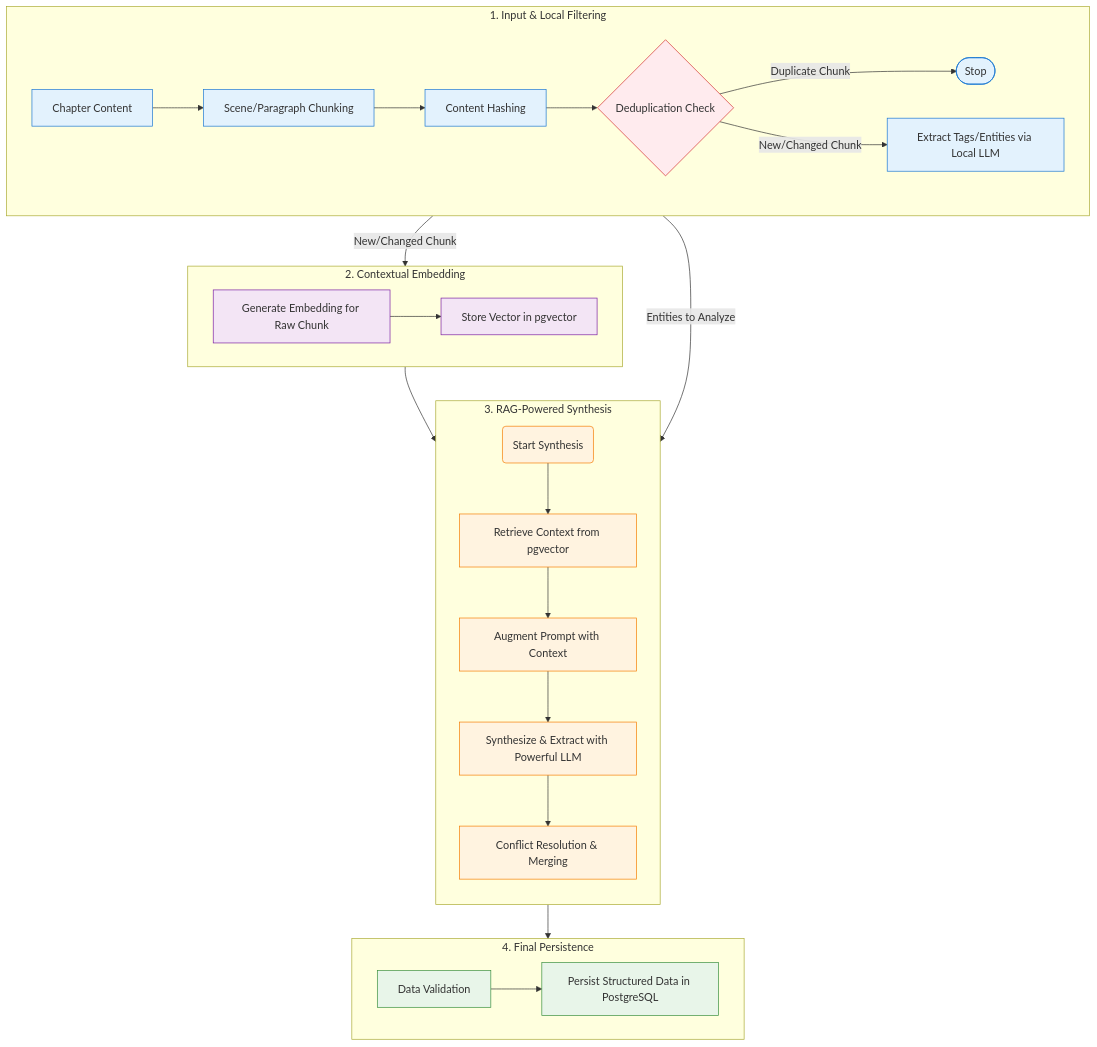
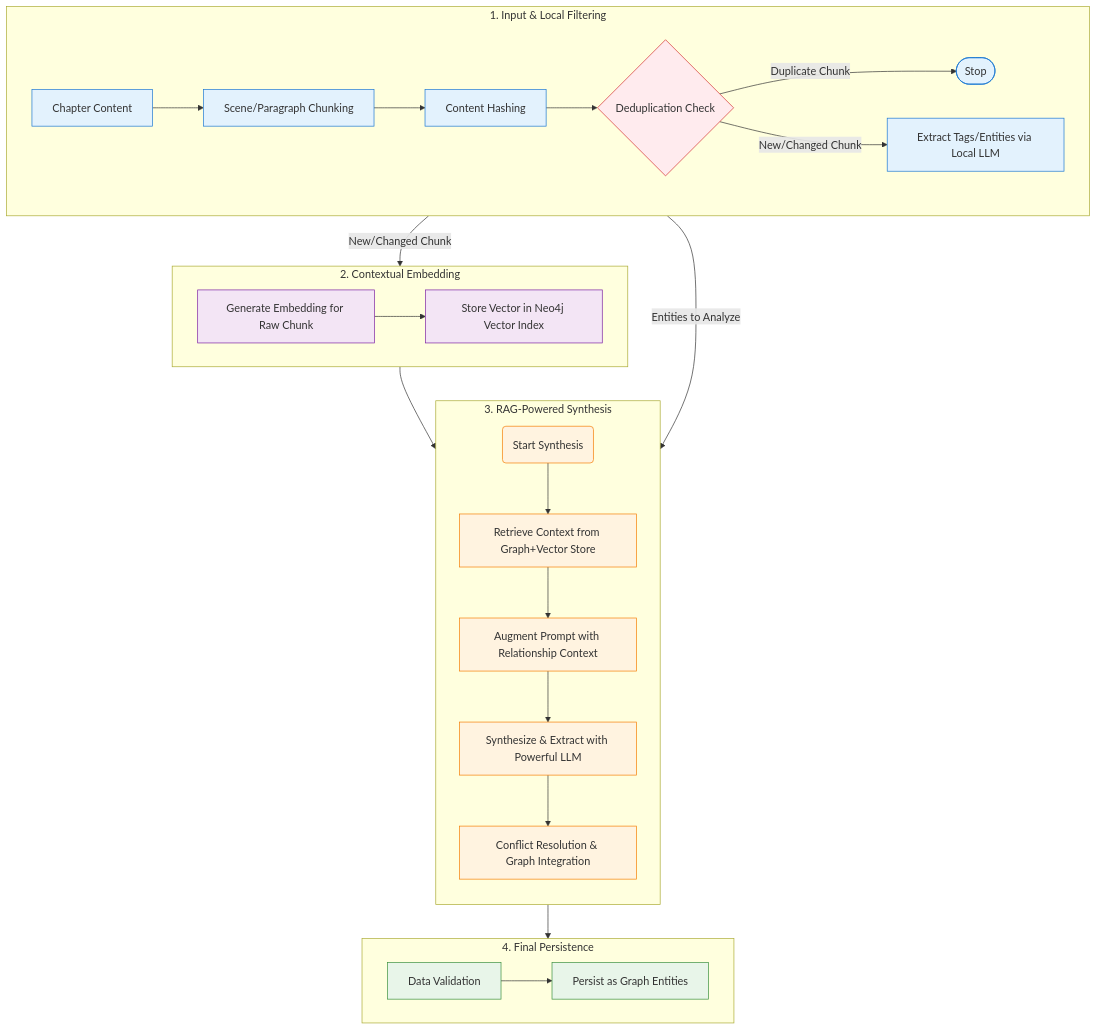
One commit to chaixdev/lorevault-kb changed the second of 3 diagrams in docs/architecture/02-functional-viewpoint.md. Above: the diagram before and after it, drawn with Mermaid. The commit also changed other lines of this file and 12 other files, not shown here.

Commit message:
start pivot to neo4j

````diff
--- a/docs/architecture/02-functional-viewpoint.md
+++ b/docs/architecture/02-functional-viewpoint.md
@@ -181,53 +180,53 @@
 ```mermaid
 flowchart TD
     subgraph InputAndFilter [1. Input & Local Filtering]
         direction LR
         CONTENT[Chapter Content] --> CHUNK[Scene/Paragraph Chunking]
         CHUNK --> HASH[Content Hashing]
         HASH --> DEDUP{Deduplication Check}
         DEDUP -- "Duplicate Chunk" --> S_END([Stop])
         DEDUP -- "New/Changed Chunk" --> GEMMA_NER[Extract Tags/Entities via Local LLM]
     end
 
     subgraph Embedding [2. Contextual Embedding]
         direction LR
-        EMBED[Generate Embedding for Raw Chunk] --> STORE_VEC[Store Vector in pgvector]
+        EMBED[Generate Embedding for Raw Chunk] --> STORE_VEC[Store Vector in Neo4j Vector Index]
     end
 
     subgraph Synthesis [3. RAG-Powered Synthesis]
         direction TB
-        RAG_START(Start Synthesis) --> RETRIEVE[Retrieve Context from pgvector]
-        RETRIEVE --> AUGMENT_PROMPT[Augment Prompt with Context]
+        RAG_START(Start Synthesis) --> RETRIEVE[Retrieve Context from Graph+Vector Store]
+        RETRIEVE --> AUGMENT_PROMPT[Augment Prompt with Relationship Context]
         AUGMENT_PROMPT --> SYNTH[Synthesize & Extract with Powerful LLM]
-        SYNTH --> RESOLVE[Conflict Resolution & Merging]
+        SYNTH --> RESOLVE[Conflict Resolution & Graph Integration]
     end
 
     subgraph Persistence [4. Final Persistence]
         direction LR
-        VALIDATE[Data Validation] --> PERSIST[Persist Structured Data in PostgreSQL]
+        VALIDATE[Data Validation] --> PERSIST[Persist as Graph Entities]
     end
 
     %% --- Connections & Dependencies ---
     %% After deduplication, start both embedding and local extraction
     DEDUP -- "New/Changed Chunk" --> EMBED
 
     %% Synthesis requires BOTH the vector to be stored AND the entities to be extracted
     STORE_VEC --> RAG_START
     GEMMA_NER -- "Entities to Analyze" --> RAG_START
 
     %% Connect the final synthesis step to the persistence stage
     RESOLVE --> VALIDATE
 
     %% --- Styling ---
     classDef input fill:#e3f2fd,stroke:#1976d2
     classDef embed fill:#f3e5f5,stroke:#7b1fa2
     classDef synth fill:#fff3e0,stroke:#f57c00
     classDef output fill:#e8f5e9,stroke:#388e3c
     classDef decision fill:#ffebee,stroke:#d32f2f
 
     class CONTENT,CHUNK,HASH,GEMMA_NER,S_END input
     class DEDUP decision
     class EMBED,STORE_VEC embed
     class RAG_START,RETRIEVE,AUGMENT_PROMPT,SYNTH,RESOLVE synth
     class VALIDATE,PERSIST output
 ```
````
